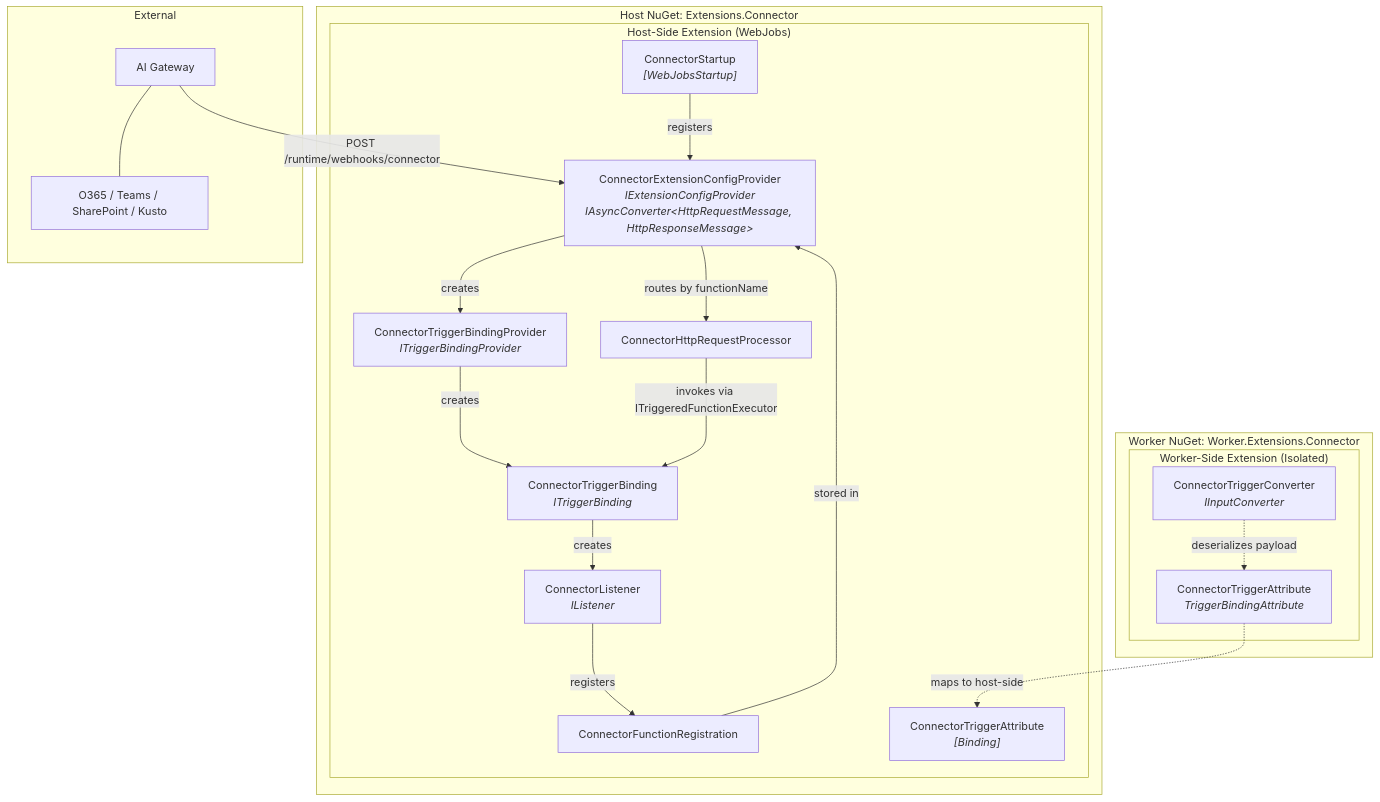
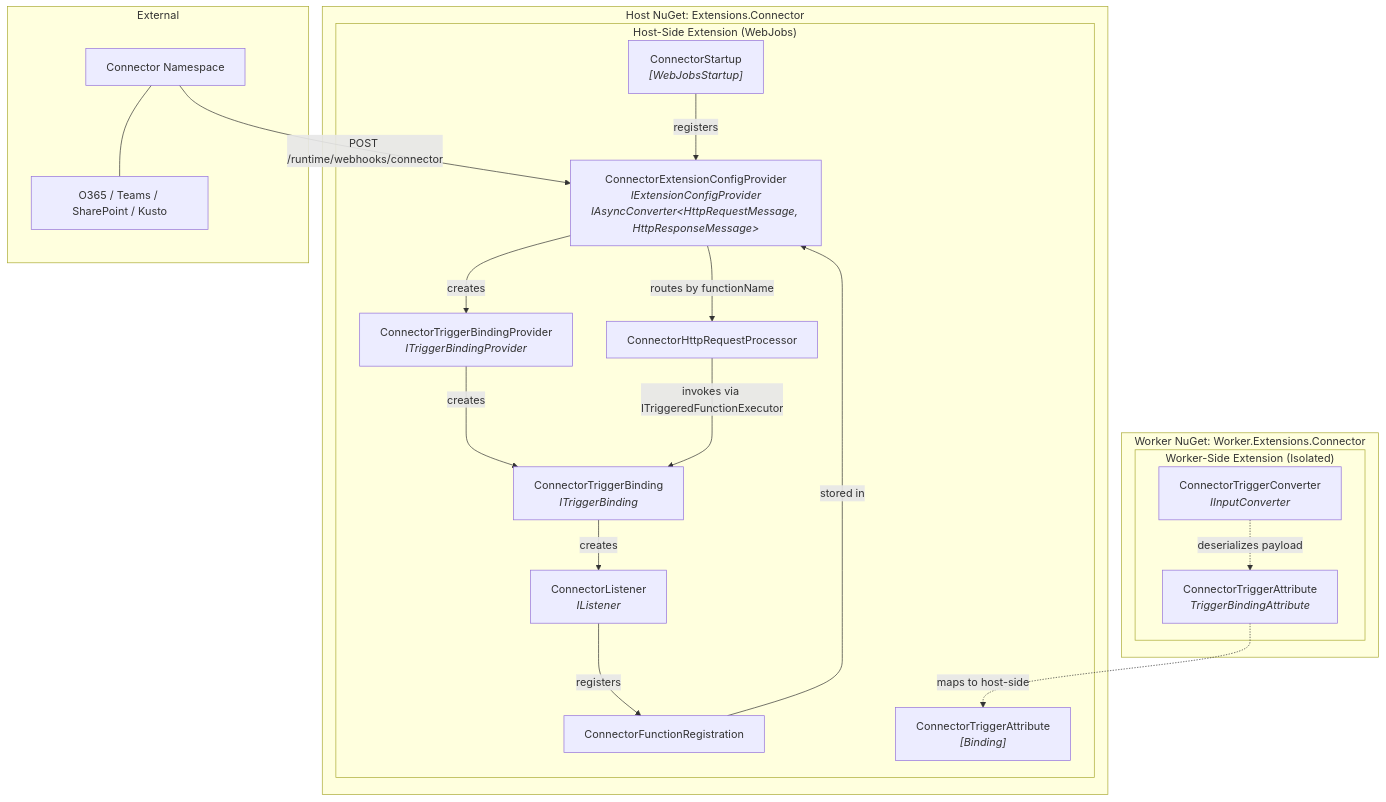
Before and after one commit to Azure/azure-functions-connector-extension: the second of 5 diagrams in docs/connector-extension-design.md, drawn with Mermaid. The commit also changed other lines of this file and 3 other files, not shown here.

````diff
--- a/docs/connector-extension-design.md
+++ b/docs/connector-extension-design.md
@@ -58,43 +56,43 @@
 ```mermaid
 graph TB
     subgraph HostPkg ["Host NuGet: Extensions.Connector"]
         subgraph "Host-Side Extension (WebJobs)"
             Startup["ConnectorStartup<br/><i>[WebJobsStartup]</i>"]
             ConfigProvider["ConnectorExtensionConfigProvider<br/><i>IExtensionConfigProvider</i><br/><i>IAsyncConverter&lt;HttpRequestMessage, HttpResponseMessage&gt;</i>"]
             BindingProvider["ConnectorTriggerBindingProvider<br/><i>ITriggerBindingProvider</i>"]
             Binding["ConnectorTriggerBinding<br/><i>ITriggerBinding</i>"]
             Listener["ConnectorListener<br/><i>IListener</i>"]
             HttpProcessor["ConnectorHttpRequestProcessor"]
             Registration["ConnectorFunctionRegistration"]
             Attribute["ConnectorTriggerAttribute<br/><i>[Binding]</i>"]
         end
     end
 
     subgraph WorkerPkg ["Worker NuGet: Worker.Extensions.Connector"]
         subgraph "Worker-Side Extension (Isolated)"
             WorkerAttr["ConnectorTriggerAttribute<br/><i>TriggerBindingAttribute</i>"]
             Converter["ConnectorTriggerConverter<br/><i>IInputConverter</i>"]
         end
     end
 
     subgraph "External"
-        Gateway["AI Gateway"]
+        Gateway["Connector Namespace"]
         ExtServices["O365 / Teams / SharePoint / Kusto"]
     end
 
     Startup -->|registers| ConfigProvider
     ConfigProvider -->|creates| BindingProvider
     BindingProvider -->|creates| Binding
     Binding -->|creates| Listener
     Listener -->|registers| Registration
     Registration -->|stored in| ConfigProvider
 
     Gateway -->|"POST /runtime/webhooks/connector"| ConfigProvider
     ConfigProvider -->|routes by functionName| HttpProcessor
     HttpProcessor -->|"invokes via ITriggeredFunctionExecutor"| Binding
 
     Gateway --- ExtServices
 
     WorkerAttr -.->|"maps to host-side"| Attribute
     Converter -.->|"deserializes payload"| WorkerAttr
 ```
````
